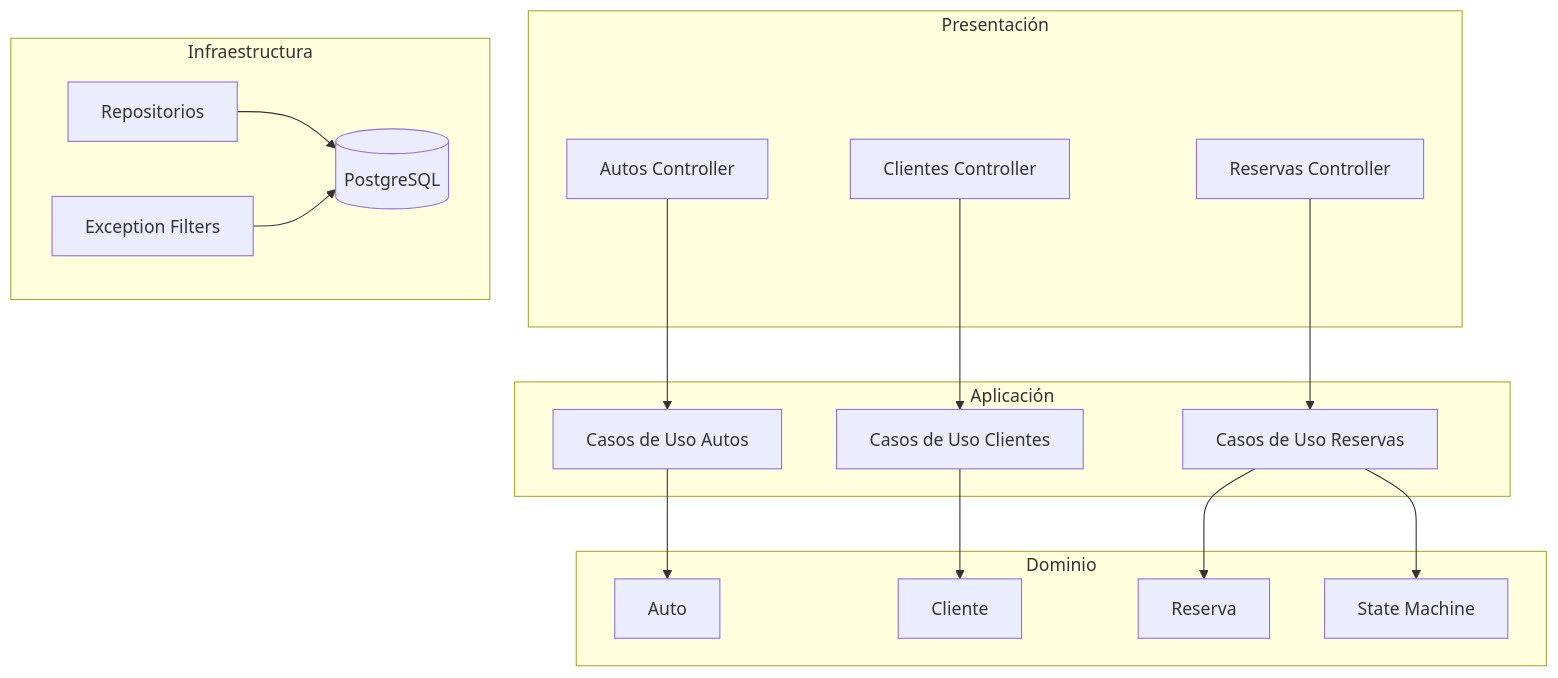
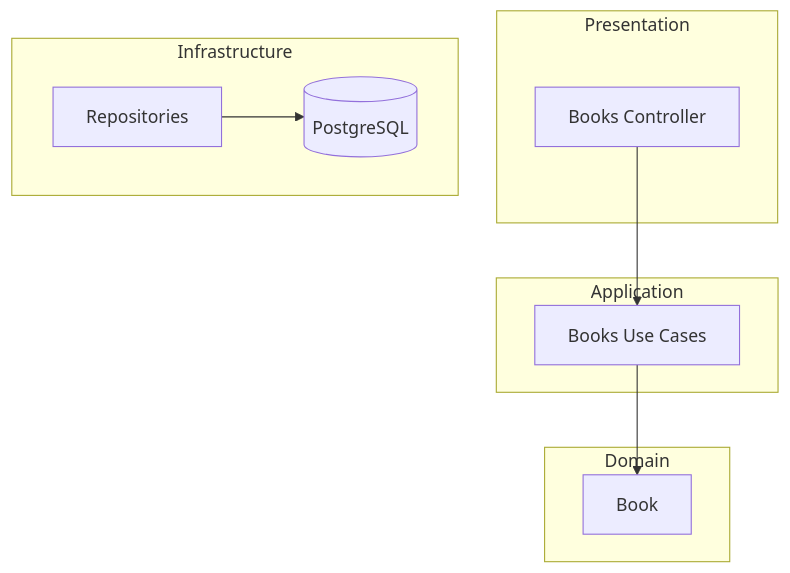
Before and after one commit to Agustin-Perezz/scaffold-nestjs: the diagram in docs/00_INDEX.md, drawn with Mermaid. The commit also changed other lines of this file and 14 other files, not shown here.

````diff
--- a/docs/00_INDEX.md
+++ b/docs/00_INDEX.md
@@ -22,39 +21,23 @@
 ```mermaid
 graph TB
-    subgraph Presentación
-        C_A[Autos Controller]
-        C_C[Clientes Controller]
-        C_R[Reservas Controller]
+    subgraph Presentation
+        C_B[Books Controller]
     end
 
-    subgraph Aplicación
-        UC_A[Casos de Uso Autos]
-        UC_C[Casos de Uso Clientes]
-        UC_R[Casos de Uso Reservas]
+    subgraph Application
+        UC_B[Books Use Cases]
     end
 
-    subgraph Dominio
-        E_A[Auto]
-        E_C[Cliente]
-        E_R[Reserva]
-        SM[State Machine]
+    subgraph Domain
+        E_B[Book]
     end
 
-    subgraph Infraestructura
+    subgraph Infrastructure
         DB[(PostgreSQL)]
-        REP[Repositorios]
-        EXC[Exception Filters]
+        REP[Repositories]
     end
 
-    C_A --> UC_A
-    C_C --> UC_C
-    C_R --> UC_R
-
-    UC_A --> E_A
-    UC_C --> E_C
-    UC_R --> E_R
-    UC_R --> SM
-
+    C_B --> UC_B
+    UC_B --> E_B
     REP --> DB
-    EXC --> DB
 ```
````
